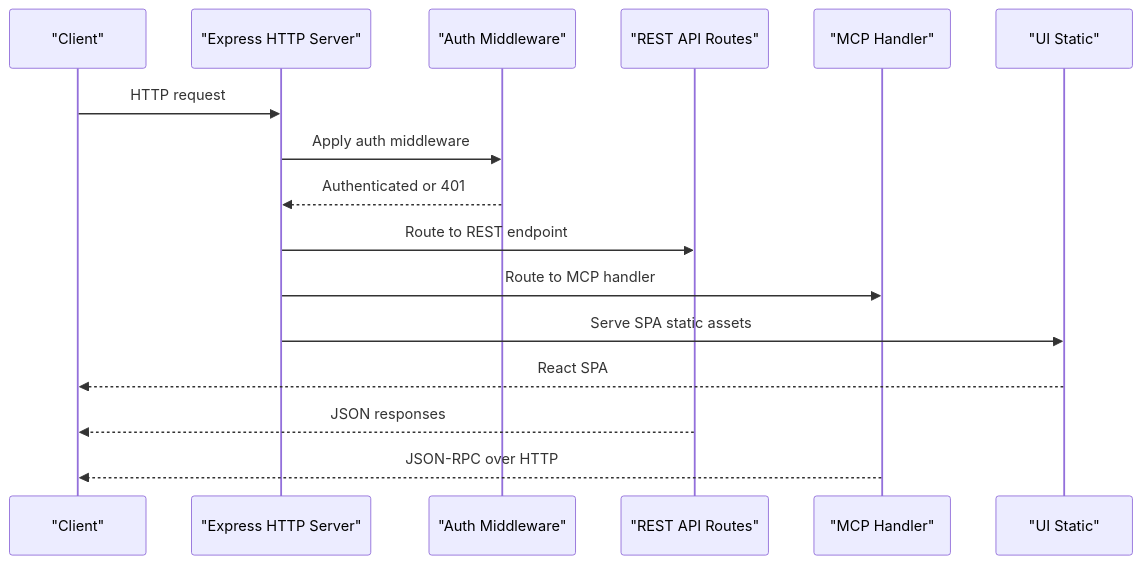
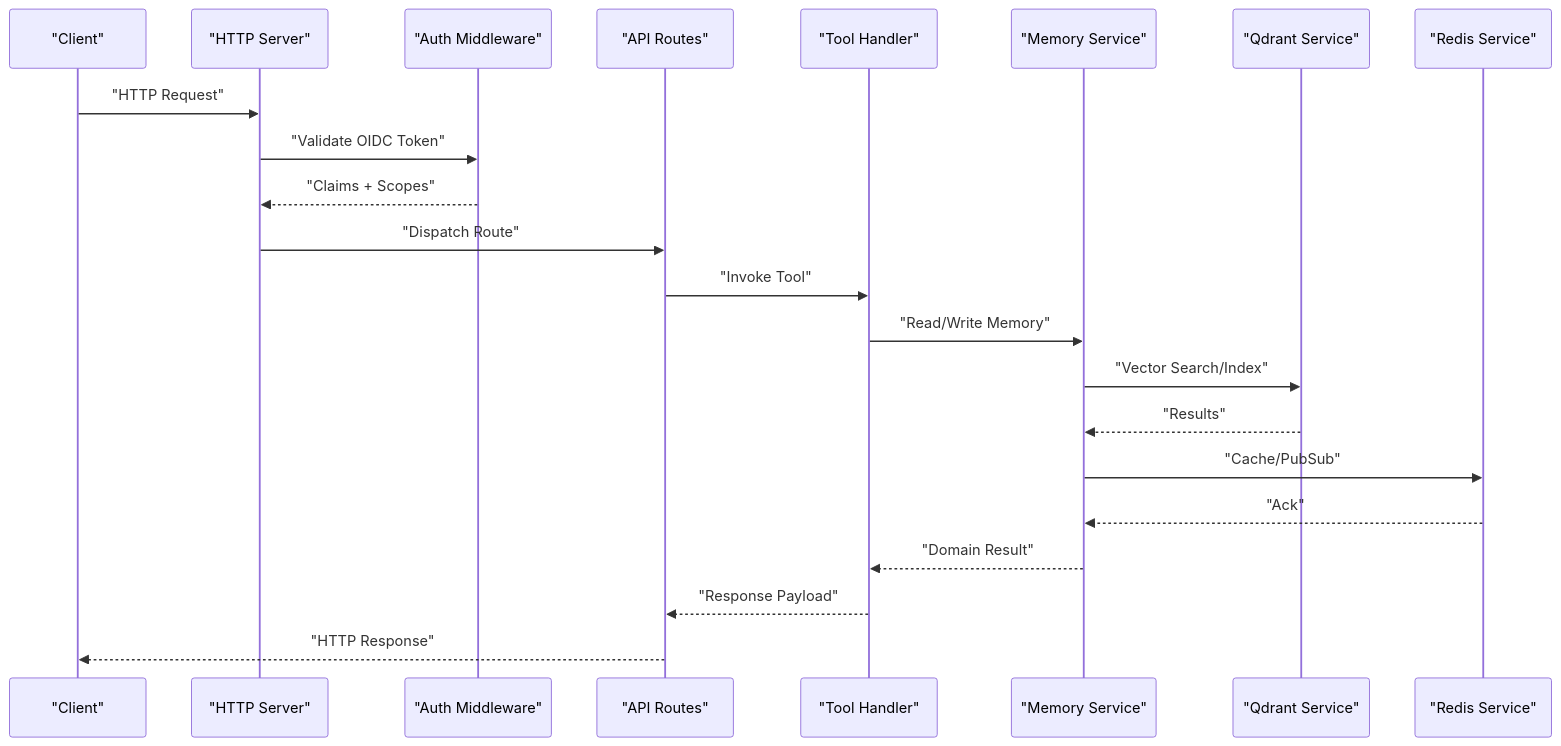
The third of 8 diagrams in .qoder/repowiki/en/content/Project Overview/Architecture Overview.md (debian777/kairos-mcp), drawn with Mermaid before and after one commit. The commit also changed other lines of this file and 724 other files, not shown here.

````diff
--- a/.qoder/repowiki/en/content/Project Overview/Architecture Overview.md
+++ b/.qoder/repowiki/en/content/Project Overview/Architecture Overview.md
@@ -144,18 +241,24 @@
 ```mermaid
 sequenceDiagram
-participant Client as "Client"
-participant HTTP as "Express HTTP Server"
-participant Auth as "Auth Middleware"
-participant API as "REST API Routes"
-participant MCP as "MCP Handler"
-participant UI as "UI Static"
-Client->>HTTP : HTTP request
-HTTP->>Auth : Apply auth middleware
-Auth-->>HTTP : Authenticated or 401
-HTTP->>API : Route to REST endpoint
-HTTP->>MCP : Route to MCP handler
-HTTP->>UI : Serve SPA static assets
-UI-->>Client : React SPA
-API-->>Client : JSON responses
-MCP-->>Client : JSON-RPC over HTTP
+participant C as "Client"
+participant S as "HTTP Server"
+participant M as "Auth Middleware"
+participant R as "API Routes"
+participant T as "Tool Handler"
+participant MS as "Memory Service"
+participant QS as "Qdrant Service"
+participant RS as "Redis Service"
+C->>S : "HTTP Request"
+S->>M : "Validate OIDC Token"
+M-->>S : "Claims + Scopes"
+S->>R : "Dispatch Route"
+R->>T : "Invoke Tool"
+T->>MS : "Read/Write Memory"
+MS->>QS : "Vector Search/Index"
+QS-->>MS : "Results"
+MS->>RS : "Cache/PubSub"
+RS-->>MS : "Ack"
+MS-->>T : "Domain Result"
+T-->>R : "Response Payload"
+R-->>C : "HTTP Response"
 ```
````
